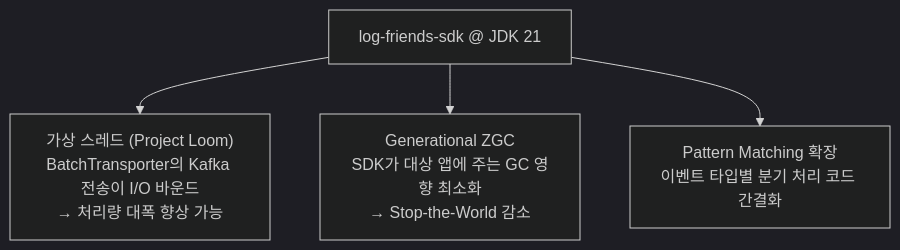
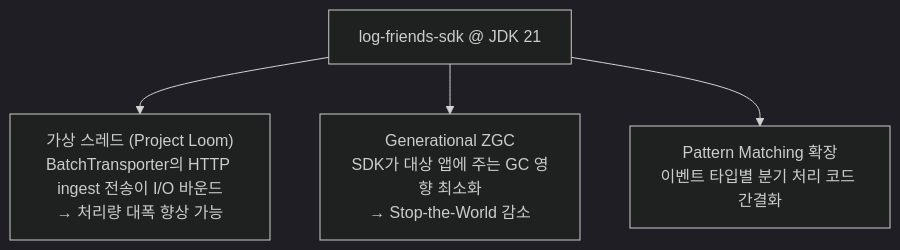
Before and after one commit to chjcmy/study: the seventh of 9 diagrams in jvm-book/part1/ch01/README.md, drawn with Mermaid (dark theme). The commit also changed other lines of this file and 65 other files, not shown here.

````diff
--- a/jvm-book/part1/ch01/README.md
+++ b/jvm-book/part1/ch01/README.md
@@ -395,11 +395,11 @@
 ```mermaid
 graph TD
     JDK21["log-friends-sdk @ JDK 21"]
-    LOOM["가상 스레드 (Project Loom)<br/>BatchTransporter의 Kafka 전송이 I/O 바운드<br/>→ 처리량 대폭 향상 가능"]
+    LOOM["가상 스레드 (Project Loom)<br/>BatchTransporter의 HTTP ingest 전송이 I/O 바운드<br/>→ 처리량 대폭 향상 가능"]
     ZGC["Generational ZGC<br/>SDK가 대상 앱에 주는 GC 영향 최소화<br/>→ Stop-the-World 감소"]
     PATTERN["Pattern Matching 확장<br/>이벤트 타입별 분기 처리 코드 간결화"]
 
     JDK21 --> LOOM
     JDK21 --> ZGC
     JDK21 --> PATTERN
 ```
````
